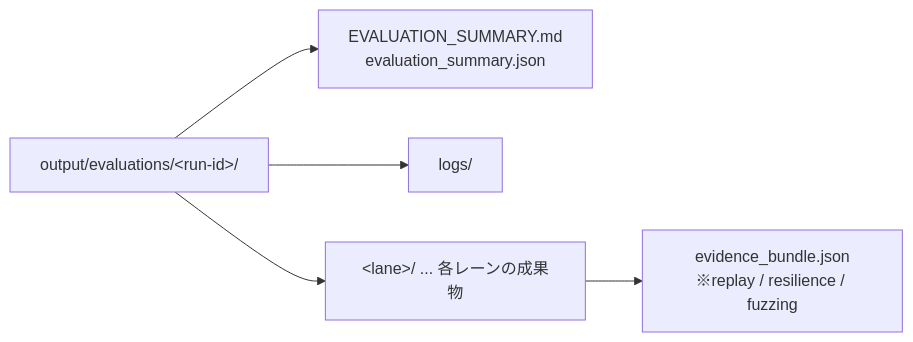
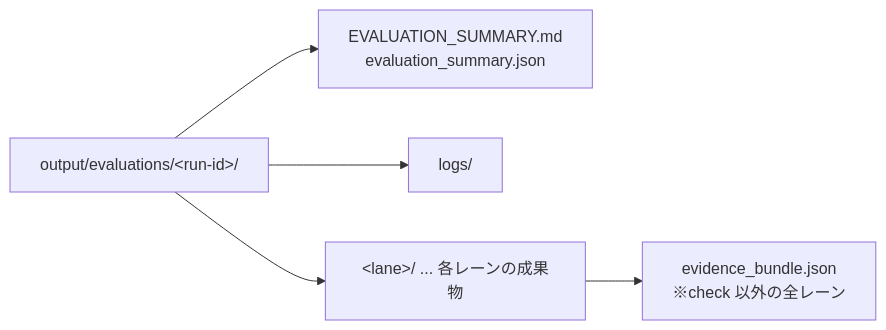
One commit to buildko89/cybermatch-framework changed the second of 5 diagrams in docs/02_evaluation_menu.md. Above: the diagram before and after it, drawn with Mermaid. The commit also changed other lines of this file and 9 other files, not shown here.

````diff
--- a/docs/02_evaluation_menu.md
+++ b/docs/02_evaluation_menu.md
@@ -51,7 +63,7 @@
 ```mermaid
 flowchart LR
     R[output/evaluations/&lt;run-id&gt;/] --> S[EVALUATION_SUMMARY.md<br/>evaluation_summary.json]
     R --> L[logs/]
     R --> X[&lt;lane&gt;/ ... 各レーンの成果物]
-    X --> B[evidence_bundle.json<br/>※replay / resilience / fuzzing]
+    X --> B[evidence_bundle.json<br/>※check 以外の全レーン]
 ```
````
